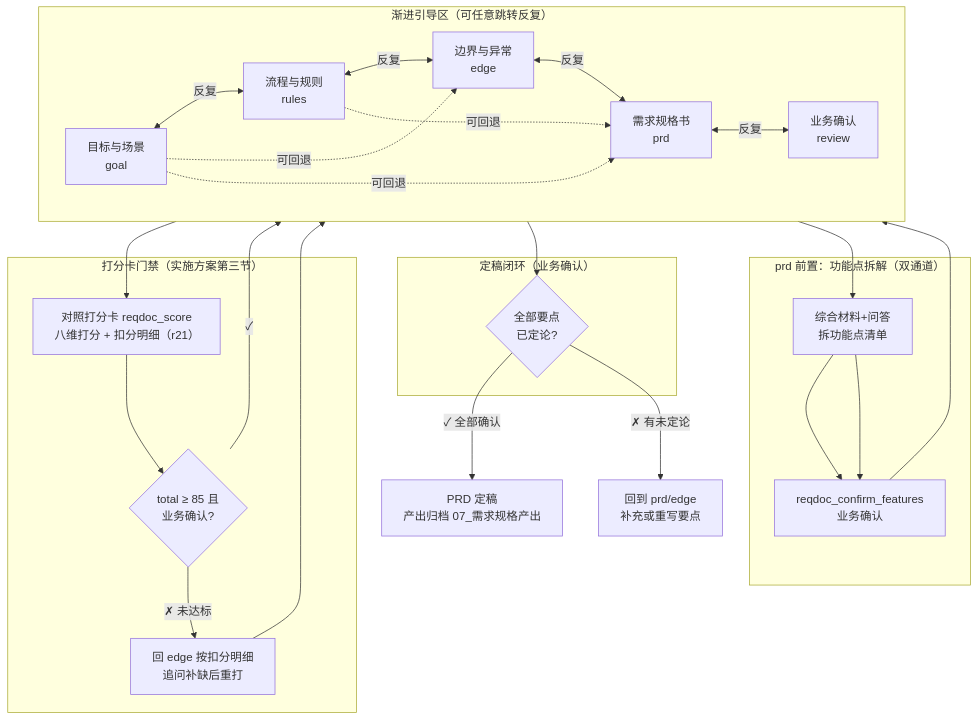
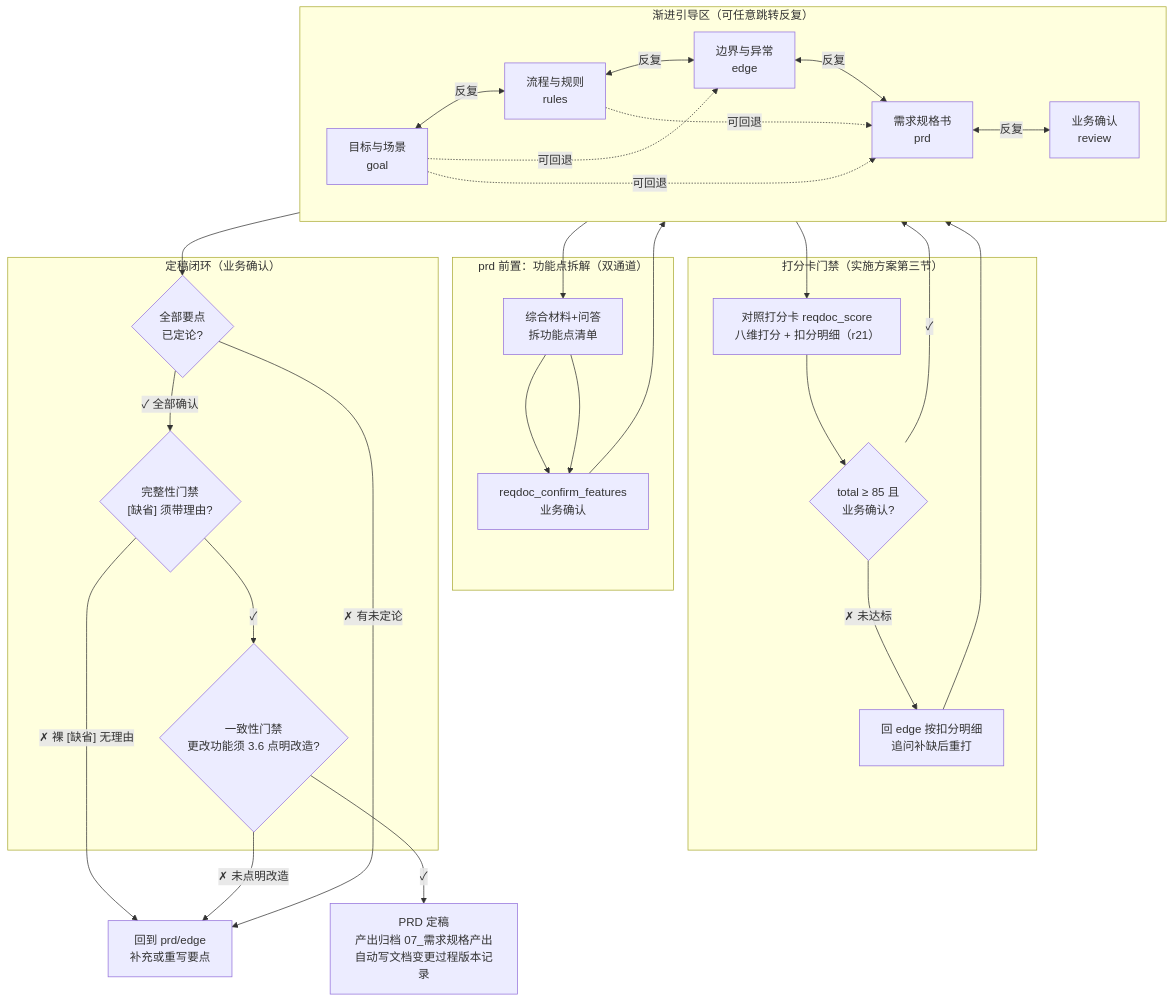
One commit to wonglaitung/opencode changed the second of 4 diagrams in opencode-session-mgmt/docs/workflow-reqdoc.md. Above: the diagram before and after it, drawn with Mermaid. The commit also changed other lines of this file, not shown here.

First line of the commit message:
docs(reqdoc): 同步设计文档 mermaid 图与规则表（初稿导入/规约初评/双门禁）

````diff
--- a/opencode-session-mgmt/docs/workflow-reqdoc.md
+++ b/opencode-session-mgmt/docs/workflow-reqdoc.md
@@ -42,35 +45,41 @@
 ```mermaid
 graph TB
     subgraph IterationZone["渐进引导区（可任意跳转反复）"]
         direction LR
         G["目标与场景<br/>goal"] <-->|"反复"| R["流程与规则<br/>rules"]
         R <-->|"反复"| E["边界与异常<br/>edge"]
         E <-->|"反复"| P["需求规格书<br/>prd"]
         P <-->|"反复"| RV["业务确认<br/>review"]
         G -.->|"可回退"| E
         G -.->|"可回退"| P
         R -.->|"可回退"| P
     end
     subgraph FeatureZone["prd 前置：功能点拆解（双通道）"]
         F["综合材料+问答<br/>拆功能点清单"] --> FC["reqdoc_confirm_features<br/>业务确认"]
     end
 
     subgraph ScoreGate["打分卡门禁（实施方案第三节）"]
         SC["对照打分卡 reqdoc_score<br/>八维打分 + 扣分明细（r21）"] --> SG{"total ≥ 85 且<br/>业务确认?"}
         SG -->|"✗ 未达标"| EBACK["回 edge 按扣分明细<br/>追问补缺后重打"]
     end
 
     subgraph Close["定稿闭环（业务确认）"]
         C{"全部要点<br/>已定论?"}
+        G1{"完整性门禁<br/>[缺省] 须带理由?"}
+        G2{"一致性门禁<br/>更改功能须 3.6 点明改造?"}
     end
 
     IterationZone --> F
     F --> FC
     FC --> IterationZone
     E --> SC
     SG -->|"✓"| P
     EBACK --> E
     IterationZone --> C
-    C -->|"✓ 全部确认"| PRD["PRD 定稿<br/>产出归档 07_需求规格产出"]
+    C -->|"✓ 全部确认"| G1
+    G1 -->|"✗ 裸 [缺省] 无理由"| BACK
+    G1 -->|"✓"| G2
+    G2 -->|"✗ 未点明改造"| BACK
+    G2 -->|"✓"| PRD["PRD 定稿<br/>产出归档 07_需求规格产出<br/>自动写文档变更过程版本记录"]
     C -->|"✗ 有未定论"| BACK["回到 prd/edge<br/>补充或重写要点"]
 ```
````
